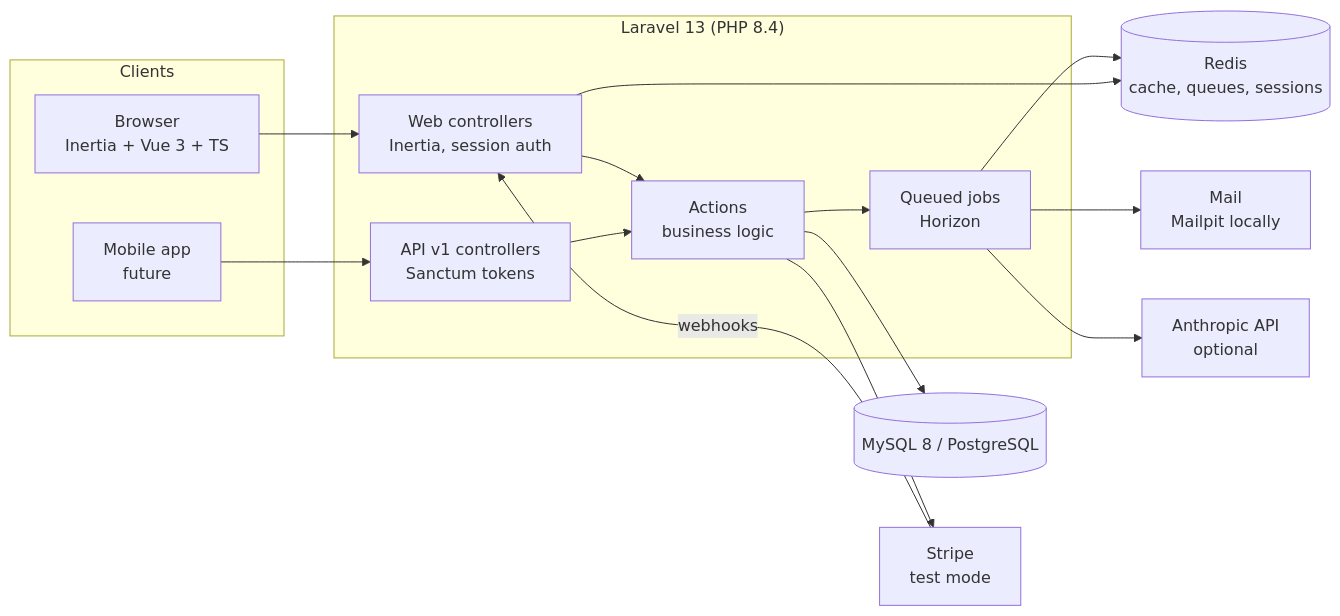
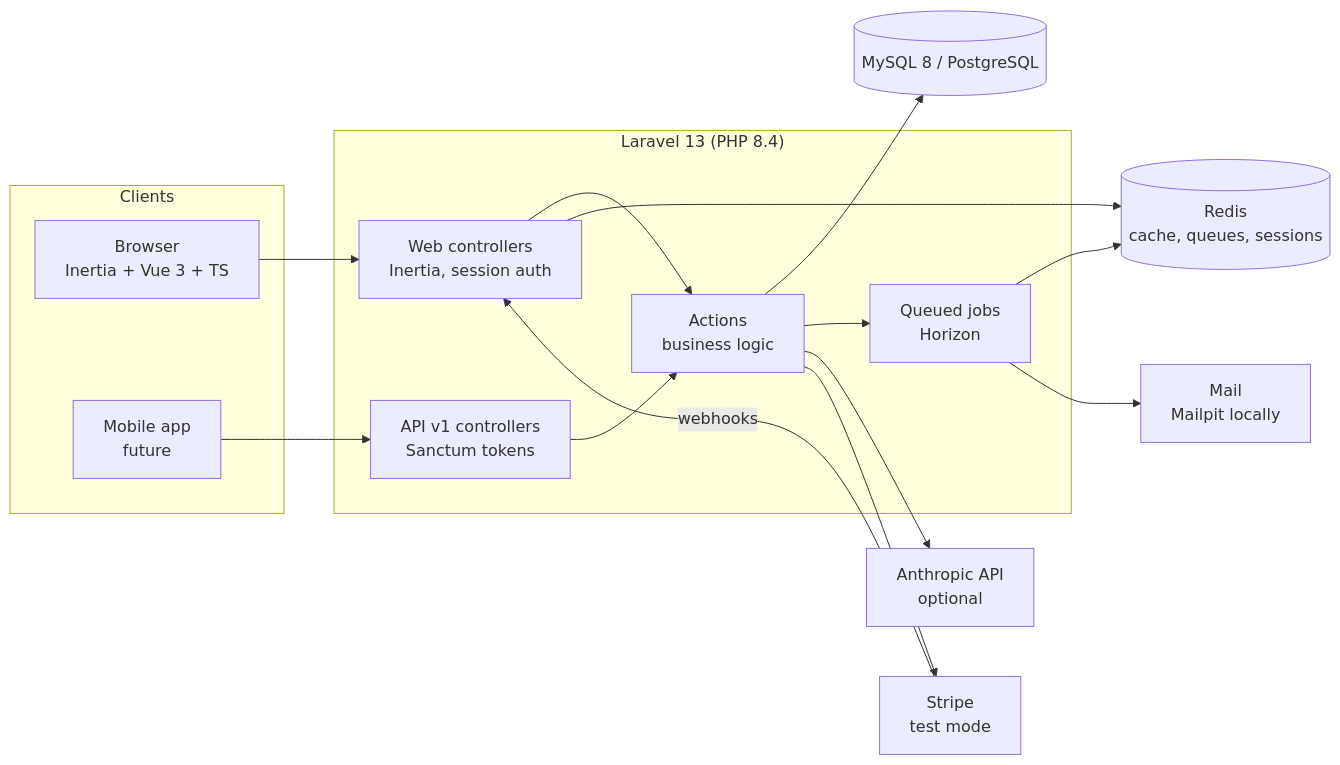
One commit to lavitsamson/schooldesk-laravel changed the diagram in README.md. Above: the diagram before and after it, drawn with Mermaid. The commit also changed other lines of this file and 1 other file, not shown here.

````diff
--- a/README.md
+++ b/README.md
@@ -59,33 +73,33 @@
 ```mermaid
 flowchart LR
     subgraph Clients
         B[Browser<br/>Inertia + Vue 3 + TS]
         M[Mobile app<br/>future]
     end
 
     subgraph Laravel["Laravel 13 (PHP 8.4)"]
         W[Web controllers<br/>Inertia, session auth]
         A[API v1 controllers<br/>Sanctum tokens]
         ACT[Actions<br/>business logic]
         Q[Queued jobs<br/>Horizon]
     end
 
     DB[(MySQL 8 / PostgreSQL)]
     R[(Redis<br/>cache, queues, sessions)]
     S[Stripe<br/>test mode]
     L[Anthropic API<br/>optional]
     MAIL[Mail<br/>Mailpit locally]
 
     B --> W
     M --> A
     W --> ACT
     A --> ACT
     ACT --> DB
     ACT --> Q
     Q --> R
     W --> R
     Q --> MAIL
-    Q --> L
+    ACT --> L
     ACT --> S
     S -- webhooks --> W
 ```
````
